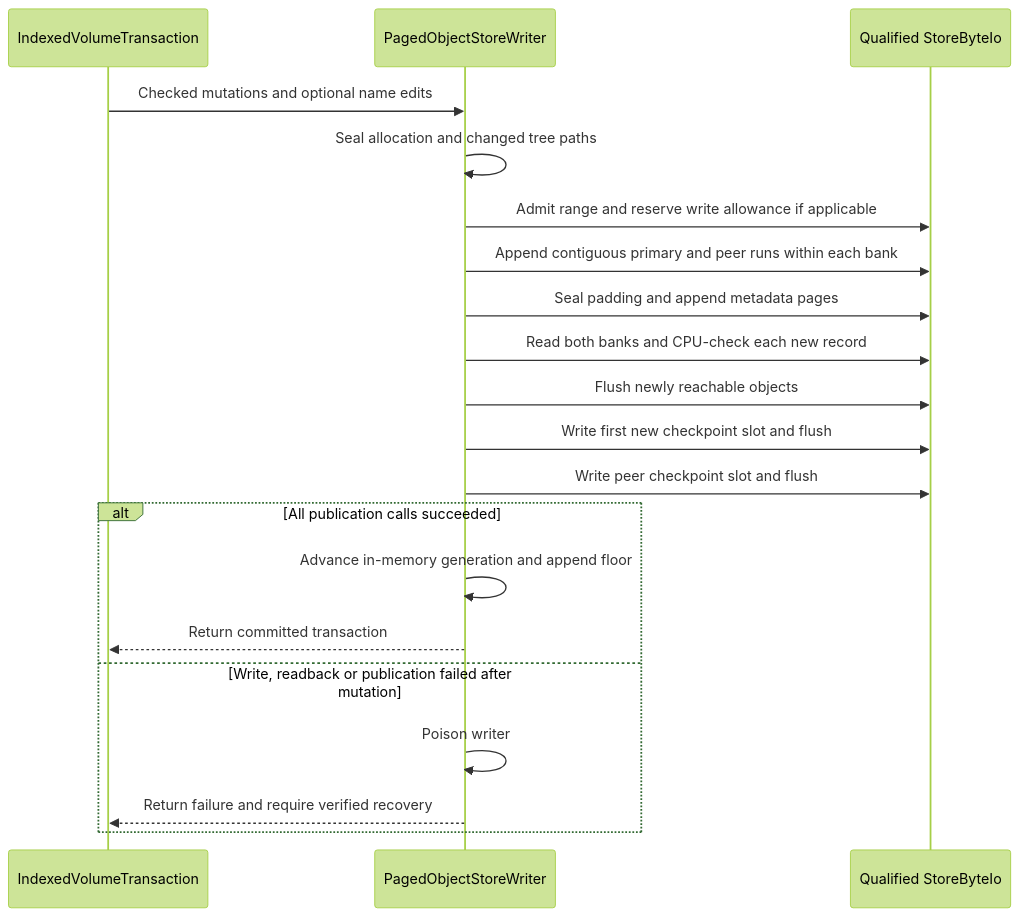
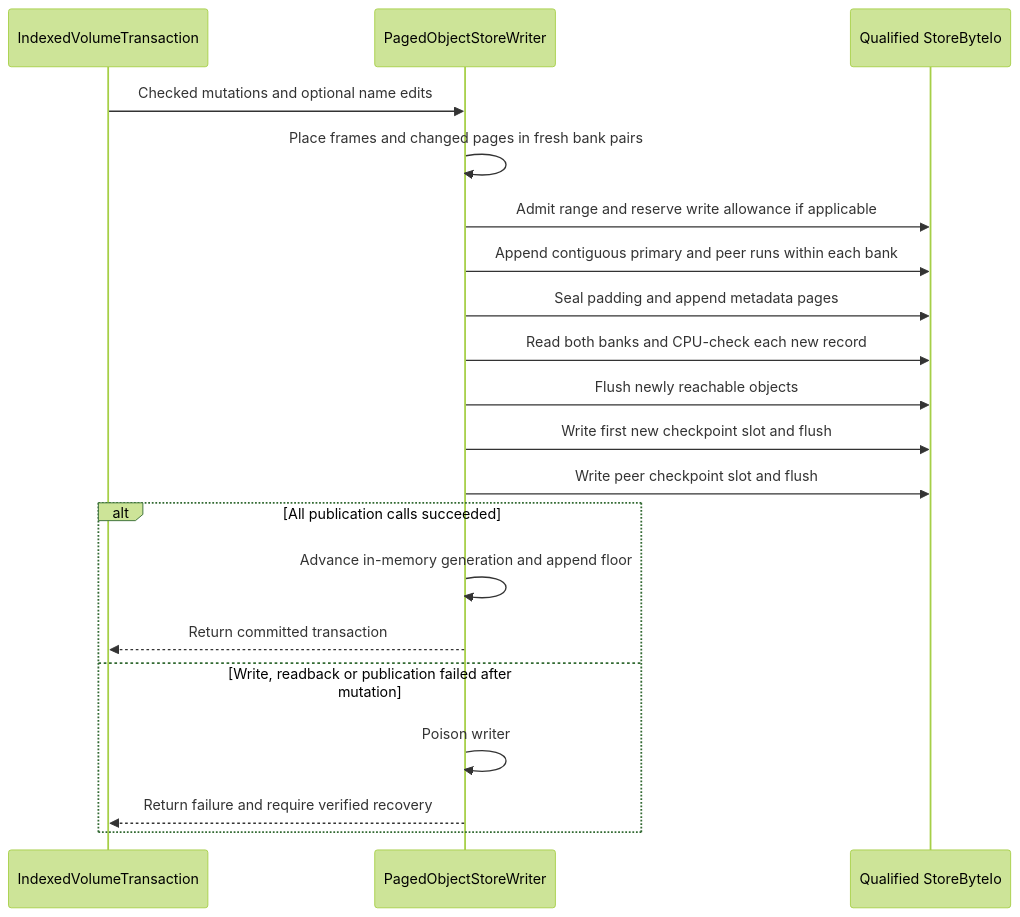
Before and after one commit to strmt7/FlitzFS: the sixth of 16 diagrams in docs/architecture/CURRENT.md, drawn with Mermaid (forest theme). The commit also changed other lines of this file and 10 other files, not shown here.

First line of the commit message:
Share fresh mirrored banks between payloads and index pages

````diff
--- a/docs/architecture/CURRENT.md
+++ b/docs/architecture/CURRENT.md
@@ -204,22 +204,22 @@
 ```mermaid
 sequenceDiagram
     participant N as IndexedVolumeTransaction
     participant P as PagedObjectStoreWriter
     participant I as Qualified StoreByteIo
     N->>P: Checked mutations and optional name edits
-    P->>P: Seal allocation and changed tree paths
+    P->>P: Place frames and changed pages in fresh bank pairs
     P->>I: Admit range and reserve write allowance if applicable
     P->>I: Append contiguous primary and peer runs within each bank
     P->>I: Seal padding and append metadata pages
     P->>I: Read both banks and CPU-check each new record
     P->>I: Flush newly reachable objects
     P->>I: Write first new checkpoint slot and flush
     P->>I: Write peer checkpoint slot and flush
     alt All publication calls succeeded
         P->>P: Advance in-memory generation and append floor
         P-->>N: Return committed transaction
     else Write, readback or publication failed after mutation
         P->>P: Poison writer
         P-->>N: Return failure and require verified recovery
     end
 ```
````
